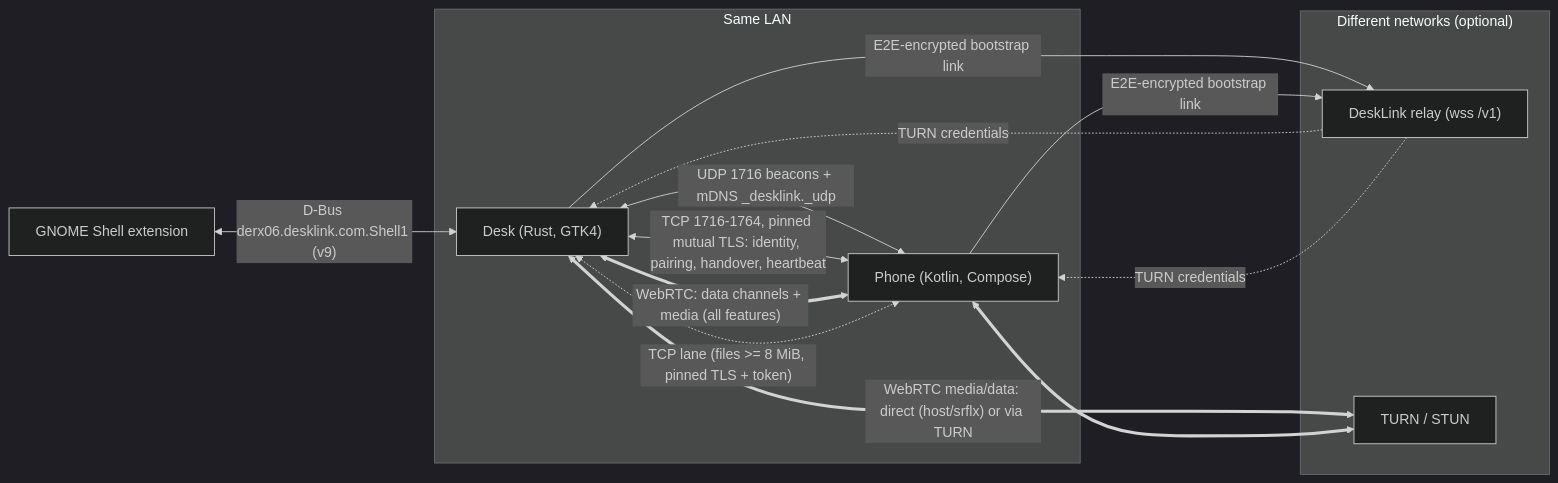
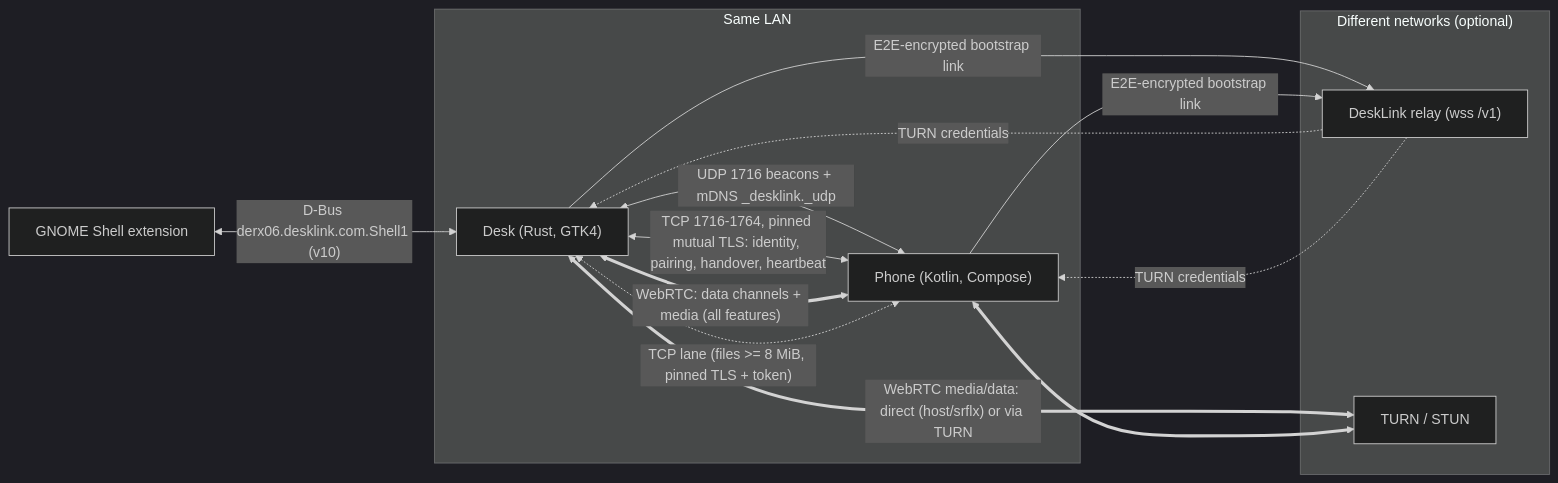
The first of 3 diagrams in docs/ARCHITECTURE.md (derpx06/DeskLink), drawn with Mermaid (dark theme) before and after one commit. The commit also changed other lines of this file, not shown here.

First line of the commit message:
ARCHITECTURE: correct stale contract statements

````diff
--- a/docs/ARCHITECTURE.md
+++ b/docs/ARCHITECTURE.md
@@ -38,22 +38,22 @@
 ```mermaid
 flowchart LR
   subgraph LAN["Same LAN"]
     Desk["Desk (Rust, GTK4)"]
     Phone["Phone (Kotlin, Compose)"]
     Desk <-->|"UDP 1716 beacons + mDNS _desklink._udp"| Phone
     Desk <-->|"TCP 1716-1764, pinned mutual TLS: identity, pairing, handover, heartbeat"| Phone
     Desk <==>|"WebRTC: data channels + media (all features)"| Phone
     Desk <-.->|"TCP lane (files >= 8 MiB, pinned TLS + token)"| Phone
   end
   subgraph WAN["Different networks (optional)"]
     Relay["DeskLink relay (wss /v1)"]
     Turn["TURN / STUN"]
   end
   Desk -- "E2E-encrypted bootstrap link" --> Relay
   Phone -- "E2E-encrypted bootstrap link" --> Relay
   Relay -. "TURN credentials" .-> Desk
   Relay -. "TURN credentials" .-> Phone
   Desk <==>|"WebRTC media/data: direct (host/srflx) or via TURN"| Turn
   Phone <==> Turn
-  Ext["GNOME Shell extension"] <-->|"D-Bus derx06.desklink.com.Shell1 (v9)"| Desk
+  Ext["GNOME Shell extension"] <-->|"D-Bus derx06.desklink.com.Shell1 (v10)"| Desk
 ```
````
